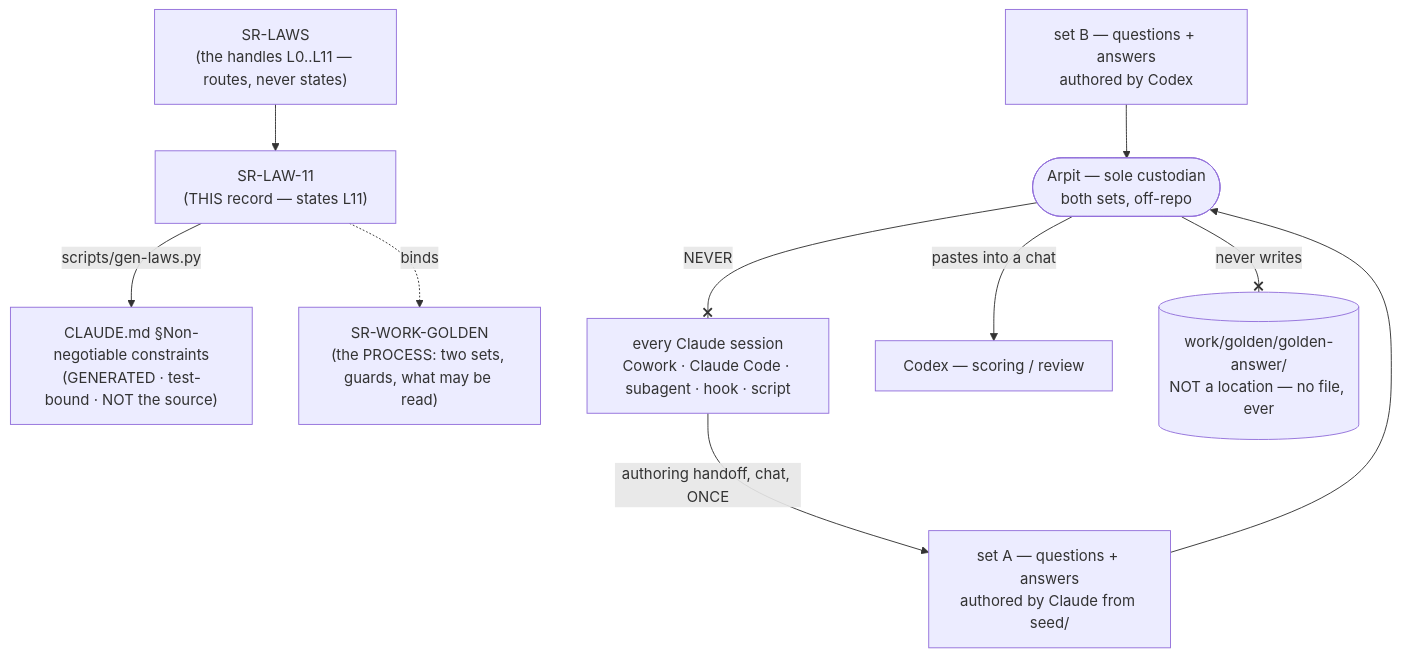
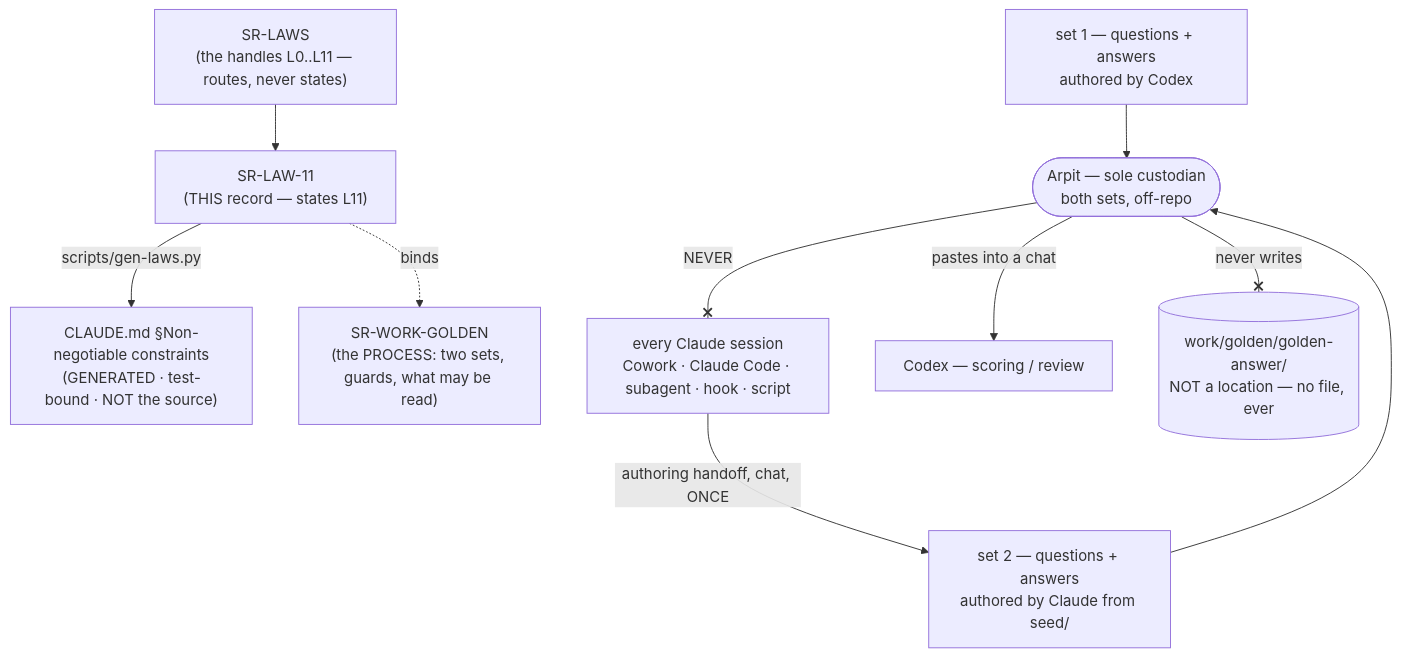
Before and after one commit to arpitarya/fux: the diagram in records/0012_LAW-11-sealed-answer-key.md, drawn with Mermaid. The commit also changed other lines of this file and 24 other files, not shown here.

````diff
--- a/records/0012_LAW-11-sealed-answer-key.md
+++ b/records/0012_LAW-11-sealed-answer-key.md
@@ -72,22 +72,22 @@
 ```mermaid
 flowchart TD
     N["SR-LAWS<br/>(the handles L0..L11 — routes, never states)"]
     L["SR-LAW-11<br/>(THIS record — states L11)"]
     C["CLAUDE.md §Non-negotiable constraints<br/>(GENERATED · test-bound · NOT the source)"]
     P["SR-WORK-GOLDEN<br/>(the PROCESS: two sets, guards, what may be read)"]
     A(["Arpit — sole custodian<br/>both sets, off-repo"])
-    SA["set A — questions + answers<br/>authored by Claude from seed/"]
-    SB["set B — questions + answers<br/>authored by Codex"]
+    SA["set 2 — questions + answers<br/>authored by Claude from seed/"]
+    SB["set 1 — questions + answers<br/>authored by Codex"]
     X["every Claude session<br/>Cowork · Claude Code · subagent · hook · script"]
     CX["Codex — scoring / review"]
     K[("work/golden/golden-answer/<br/>NOT a location — no file, ever")]
     N --> L
     L -- "scripts/gen-laws.py" --> C
     L -. "binds" .-> P
     X -- "authoring handoff, chat, ONCE" --> SA
     SA --> A
     SB --> A
     A -- "pastes into a chat" --> CX
     A -- "NEVER" --x X
     A -- "never writes" --x K
 ```
````
